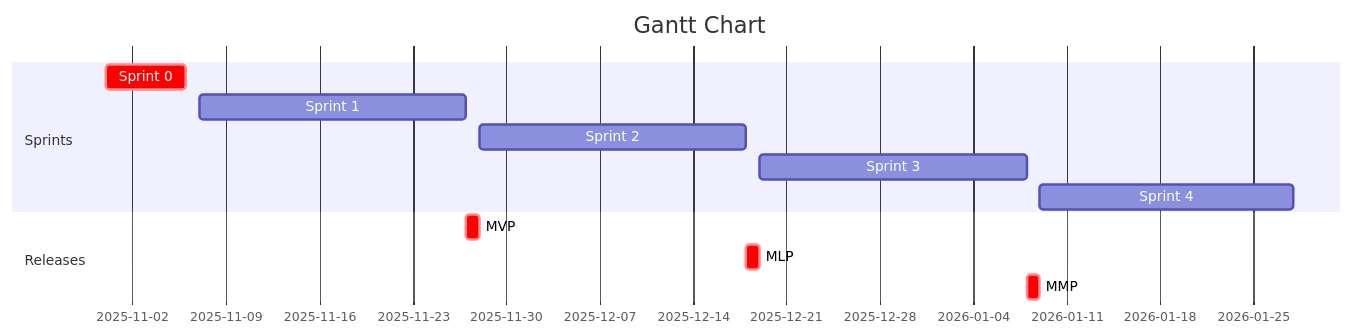
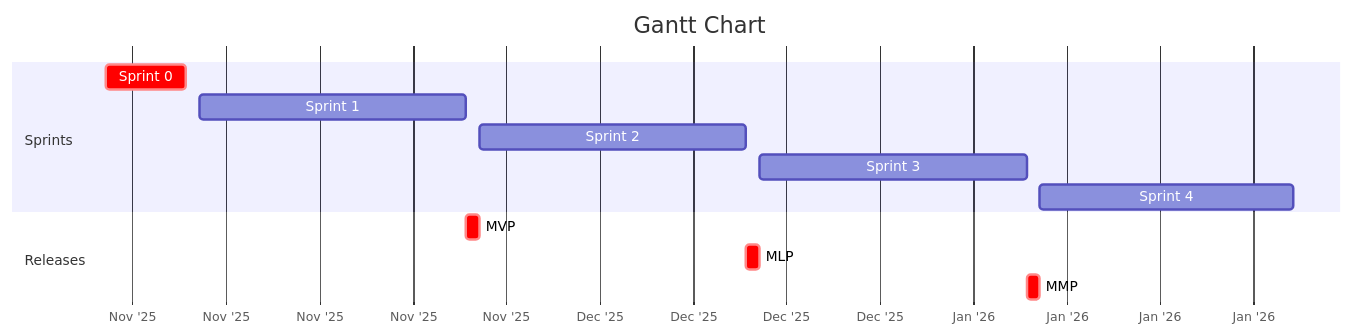
Before and after one commit to marlonburri03/cloud-escape-lab: the second of 3 diagrams in README.md, drawn with Mermaid. The commit also changed other lines of this file and 4 other files, not shown here.

````diff
--- a/README.md
+++ b/README.md
@@ -224,17 +224,18 @@
 ```mermaid
 gantt
   title Gantt Chart
   dateFormat YYYY-MM-DD
+  axisFormat %b '%y
 
   section Sprints
   Sprint 0 :crit, sprint0, 2025-10-31, 2025-11-06
   Sprint 1 :sprint1, 2025-11-07, 2025-11-27
   Sprint 2 :sprint2, 2025-11-28, 2025-12-18
   Sprint 3 :sprint3, 2025-12-19, 2026-01-08
   Sprint 4 :sprint4, 2026-01-09, 2026-01-28
 
   section Releases
   MVP :crit, mvp, 2025-11-27, 1d
   MLP :crit, mlp, 2025-12-18, 1d
   MMP :crit, mmp, 2026-01-08, 1d
 ```
````
